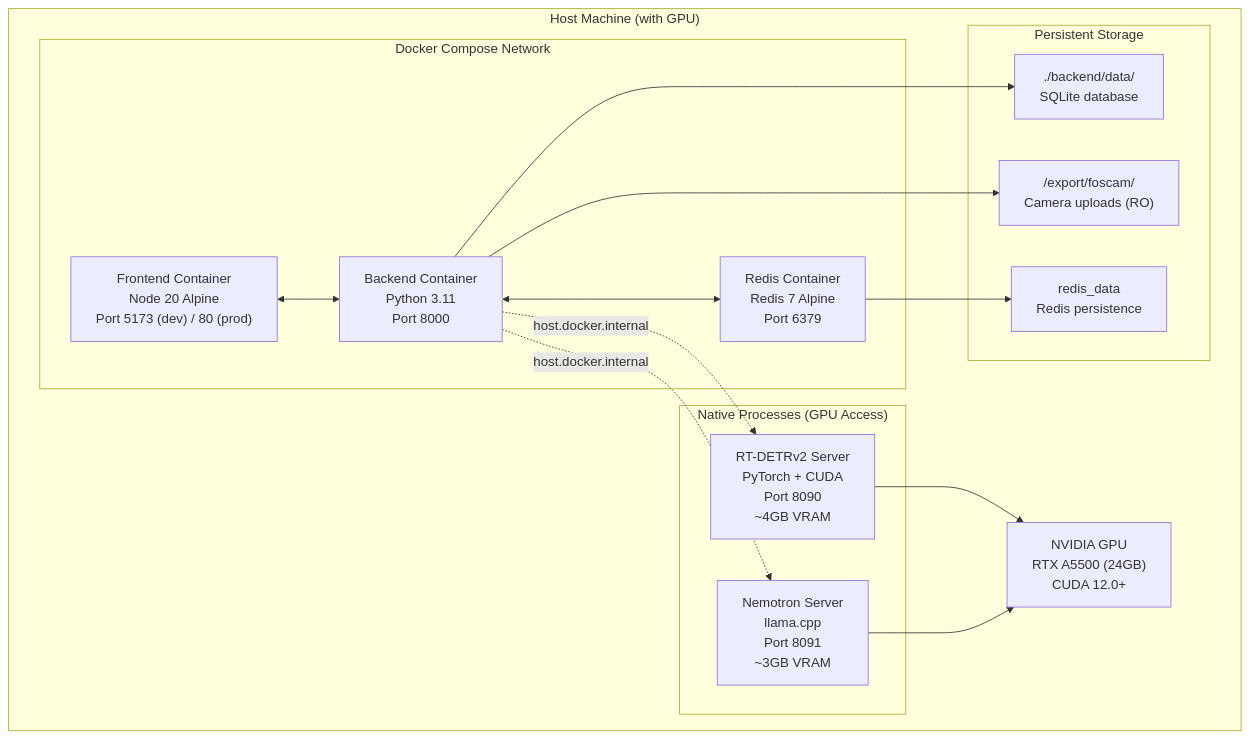
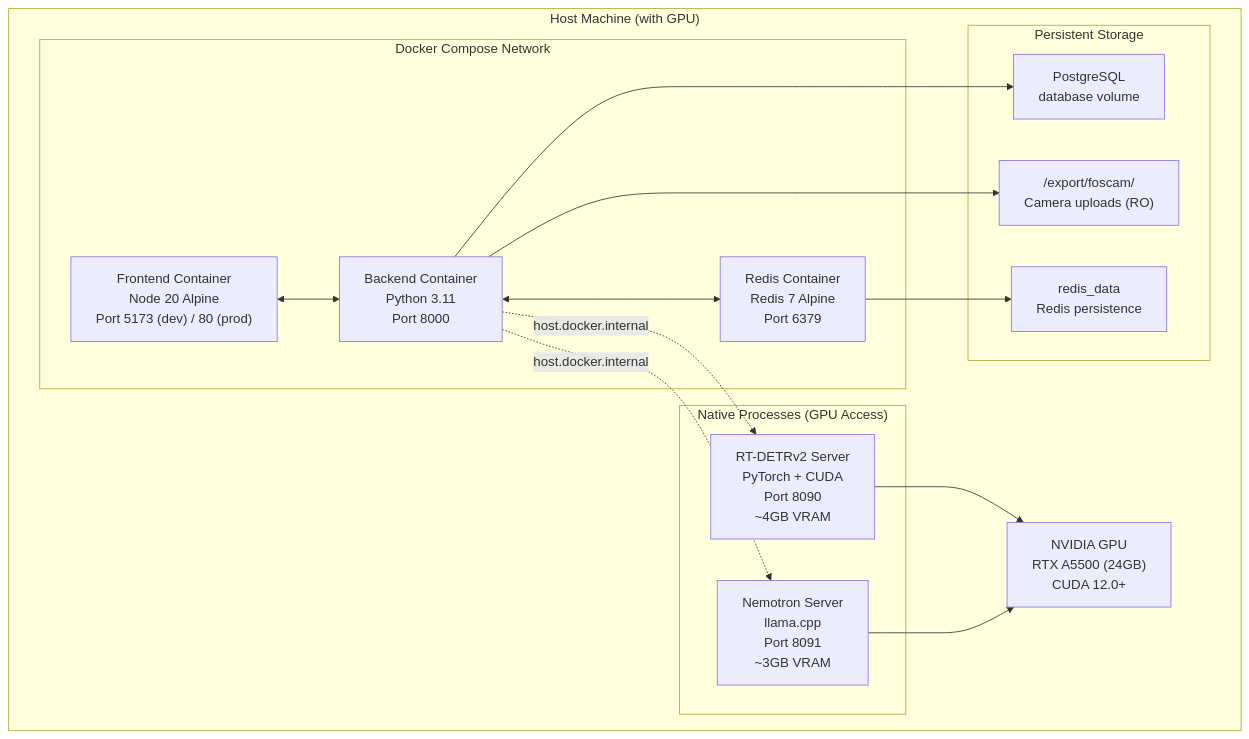
One commit to mikesvoboda/nemotron-v3-home-security-intelligence changed the second of 7 diagrams in docs/architecture/overview.md. Above: the diagram before and after it, drawn with Mermaid. The commit also changed other lines of this file and 9 other files, not shown here.

First line of the commit message:
docs: replace SQLite references with PostgreSQL throughout documentation (#52)

````diff
--- a/docs/architecture/overview.md
+++ b/docs/architecture/overview.md
@@ -249,33 +249,33 @@
 ```mermaid
 flowchart TB
     subgraph Host["Host Machine (with GPU)"]
         subgraph Docker["Docker Compose Network"]
             FE["Frontend Container<br/>Node 20 Alpine<br/>Port 5173 (dev) / 80 (prod)"]
             BE["Backend Container<br/>Python 3.11<br/>Port 8000"]
             RD["Redis Container<br/>Redis 7 Alpine<br/>Port 6379"]
         end
 
         subgraph Native["Native Processes (GPU Access)"]
             DET["RT-DETRv2 Server<br/>PyTorch + CUDA<br/>Port 8090<br/>~4GB VRAM"]
             LLM["Nemotron Server<br/>llama.cpp<br/>Port 8091<br/>~3GB VRAM"]
         end
 
         subgraph Storage["Persistent Storage"]
-            VOL1["./backend/data/<br/>SQLite database"]
+            VOL1["PostgreSQL<br/>database volume"]
             VOL2["/export/foscam/<br/>Camera uploads (RO)"]
             VOL3["redis_data<br/>Redis persistence"]
         end
 
         GPU["NVIDIA GPU<br/>RTX A5500 (24GB)<br/>CUDA 12.0+"]
     end
 
     FE <--> BE
     BE <--> RD
     BE -.->|host.docker.internal| DET
     BE -.->|host.docker.internal| LLM
     DET --> GPU
     LLM --> GPU
     BE --> VOL1
     BE --> VOL2
     RD --> VOL3
 ```
````
